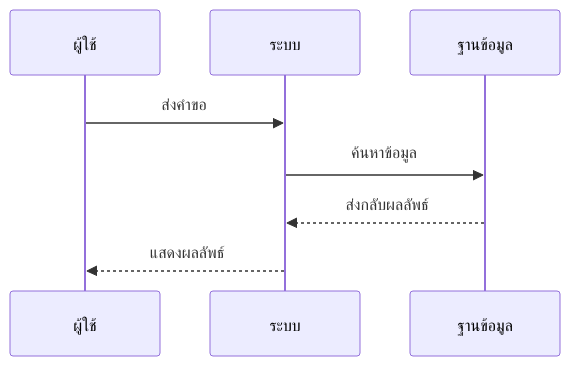
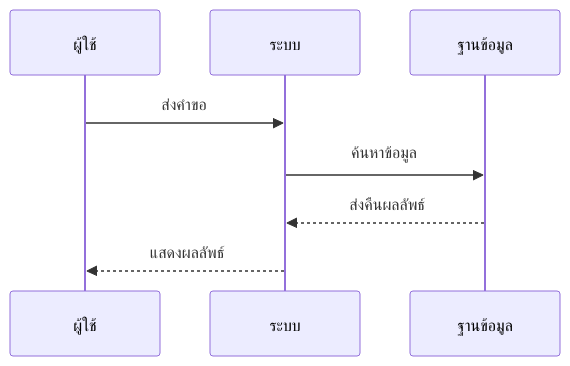
One commit to zccz14/CZON changed the second of 7 diagrams in .czon/src/th-TH/8938d6aac9c056c06137a041b8e82379bfb619bb6d435b9ecec515337dd0cd69.md. Above: the diagram before and after it, drawn with Mermaid. The commit also changed other lines of this file and 148 other files, not shown here.

````diff
--- a/.czon/src/th-TH/8938d6aac9c056c06137a041b8e82379bfb619bb6d435b9ecec515337dd0cd69.md
+++ b/.czon/src/th-TH/8938d6aac9c056c06137a041b8e82379bfb619bb6d435b9ecec515337dd0cd69.md
@@ -38,11 +37,11 @@
 ```mermaid
 sequenceDiagram
     participant ผู้ใช้
     participant ระบบ
     participant ฐานข้อมูล
 
     ผู้ใช้->>ระบบ: ส่งคำขอ
     ระบบ->>ฐานข้อมูล: ค้นหาข้อมูล
-    ฐานข้อมูล-->>ระบบ: ส่งกลับผลลัพธ์
+    ฐานข้อมูล-->>ระบบ: ส่งคืนผลลัพธ์
     ระบบ-->>ผู้ใช้: แสดงผลลัพธ์
 ```
````
